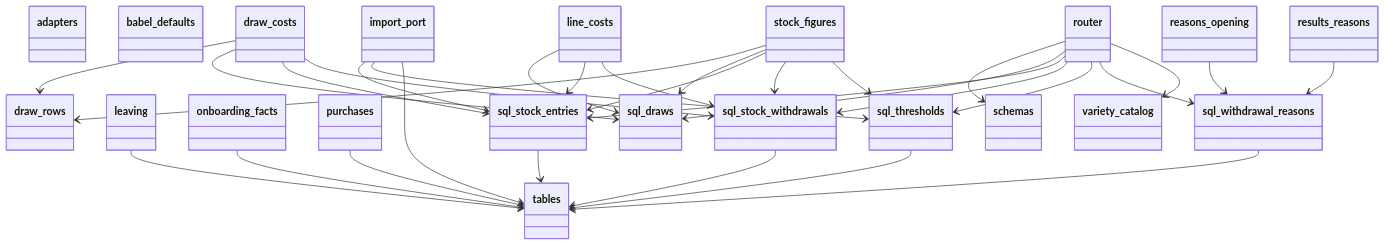
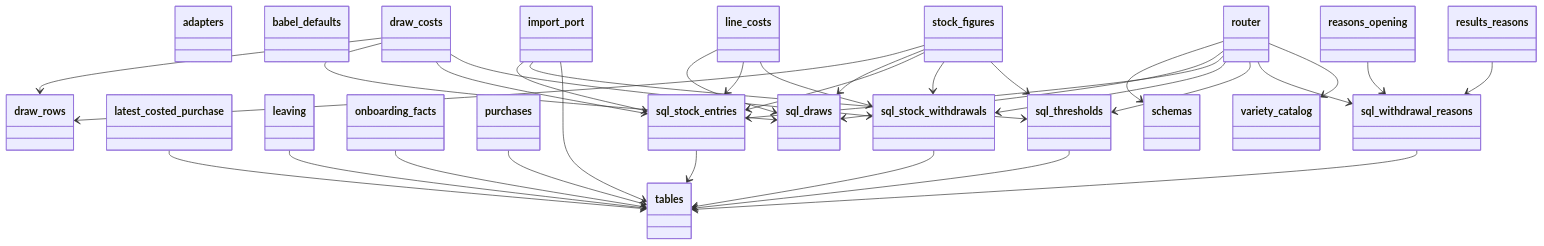
The third of 6 diagrams in docs/architecture/generated/classes/stock.md (GonzaloZevallos/apostrophe), drawn with Mermaid before and after one commit. The commit also changed other lines of this file and 4 other files, not shown here.

````diff
--- a/docs/architecture/generated/classes/stock.md
+++ b/docs/architecture/generated/classes/stock.md
@@ -91,76 +91,79 @@
 ```mermaid
 classDiagram
   class adapters {
   }
   class babel_defaults {
   }
   class draw_costs {
   }
   class draw_rows {
   }
   class import_port {
+  }
+  class latest_costed_purchase {
   }
   class leaving {
   }
   class line_costs {
   }
   class onboarding_facts {
   }
   class purchases {
   }
   class reasons_opening {
   }
   class results_reasons {
   }
   class router {
   }
   class schemas {
   }
   class sql_draws {
   }
   class sql_stock_entries {
   }
   class sql_stock_withdrawals {
   }
   class sql_thresholds {
   }
   class sql_withdrawal_reasons {
   }
   class stock_figures {
   }
   class tables {
   }
   class variety_catalog {
   }
   draw_costs --> draw_rows
   draw_costs --> sql_draws
   draw_costs --> sql_stock_entries
   draw_costs --> sql_stock_withdrawals
   import_port --> sql_stock_entries
   import_port --> sql_thresholds
   import_port --> tables
+  latest_costed_purchase --> tables
   leaving --> tables
   line_costs --> sql_draws
   line_costs --> sql_stock_entries
   line_costs --> sql_stock_withdrawals
   onboarding_facts --> tables
   purchases --> tables
   reasons_opening --> sql_withdrawal_reasons
   results_reasons --> sql_withdrawal_reasons
   router --> schemas
   router --> sql_draws
   router --> sql_stock_entries
   router --> sql_stock_withdrawals
   router --> sql_thresholds
   router --> sql_withdrawal_reasons
   router --> variety_catalog
   sql_stock_entries --> tables
   sql_stock_withdrawals --> tables
   sql_thresholds --> tables
   sql_withdrawal_reasons --> tables
   stock_figures --> draw_rows
   stock_figures --> sql_draws
   stock_figures --> sql_stock_entries
   stock_figures --> sql_stock_withdrawals
   stock_figures --> sql_thresholds
 ```
````
